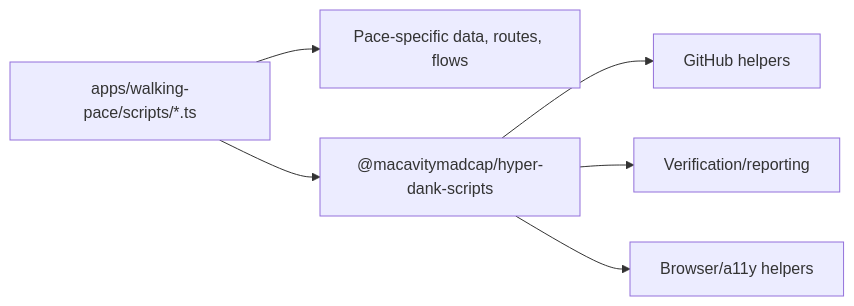
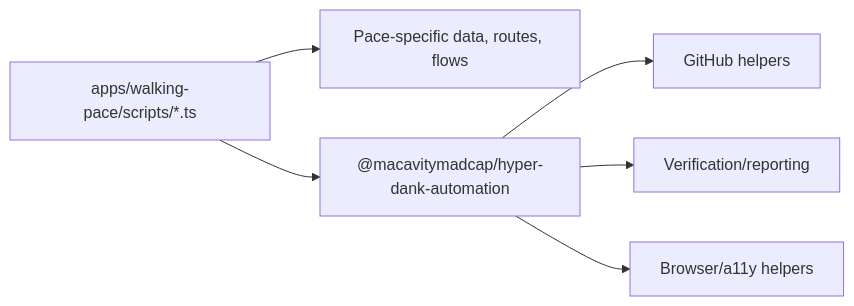
Before and after one commit to Macavitymadcap/hyper-dank: the diagram in docs/tickets/pace-0035.md, drawn with Mermaid. The commit also changed other lines of this file and 66 other files, not shown here.

First line of the commit message:
feat!: rename Hyper-Dank packages

````diff
--- a/docs/tickets/pace-0035.md
+++ b/docs/tickets/pace-0035.md
@@ -61,8 +61,8 @@
 ```mermaid
 flowchart LR
   Entry["apps/walking-pace/scripts/*.ts"] --> AppSpecific["Pace-specific data, routes, flows"]
-  Entry --> Shared["@macavitymadcap/hyper-dank-scripts"]
+  Entry --> Shared["@macavitymadcap/hyper-dank-automation"]
   Shared --> GitHub["GitHub helpers"]
   Shared --> Verify["Verification/reporting"]
   Shared --> Browser["Browser/a11y helpers"]
 ```
````
